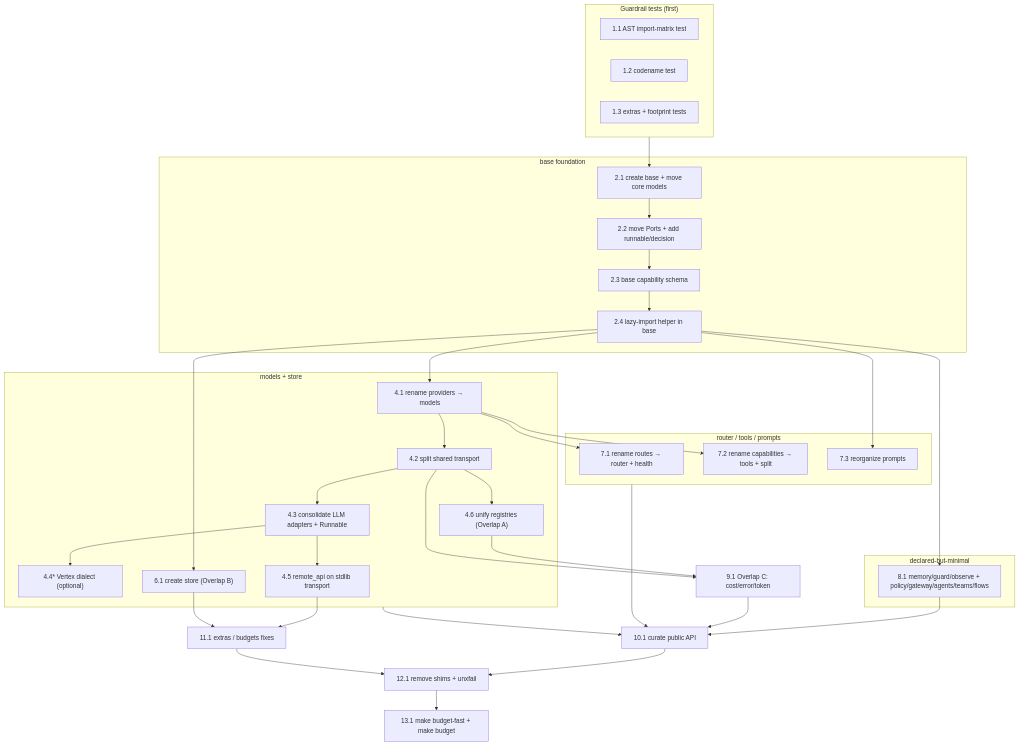
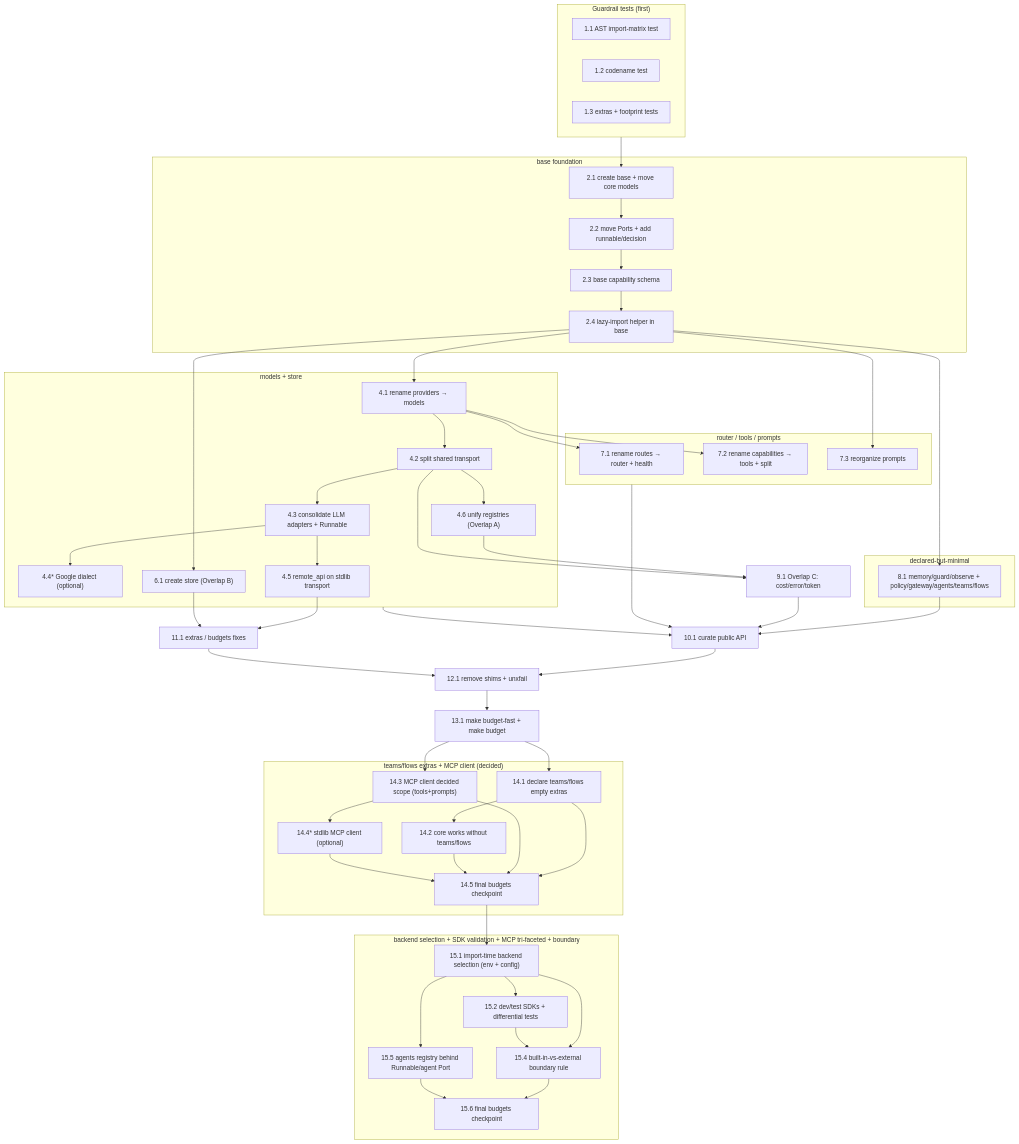
One commit to caiogafo/skye changed the diagram in .kiro/specs/structure/tasks.md. Above: the diagram before and after it, drawn with Mermaid. The commit also changed other lines of this file and 3 other files, not shown here.

````diff
--- a/.kiro/specs/structure/tasks.md
+++ b/.kiro/specs/structure/tasks.md
@@ -203,7 +258,7 @@
         T41["4.1 rename providers → models"]
         T42["4.2 split shared transport"]
         T43["4.3 consolidate LLM adapters + Runnable"]
-        T44["4.4* Vertex dialect (optional)"]
+        T44["4.4* Google dialect (optional)"]
         T45["4.5 remote_api on stdlib transport"]
         T46["4.6 unify registries (Overlap A)"]
         T61["6.1 create store (Overlap B)"]
@@ -221,6 +276,20 @@
     T111["11.1 extras / budgets fixes"]
     T121["12.1 remove shims + unxfail"]
     T131["13.1 make budget-fast + make budget"]
+    subgraph extrasmcp["teams/flows extras + MCP client (decided)"]
+        T141["14.1 declare teams/flows empty extras"]
+        T142["14.2 core works without teams/flows"]
+        T143["14.3 MCP client decided scope (tools+prompts)"]
+        T144["14.4* stdlib MCP client (optional)"]
+        T145["14.5 final budgets checkpoint"]
+    end
+    subgraph selectionmcp["backend selection + SDK validation + MCP tri-faceted + boundary"]
+        T151["15.1 import-time backend selection (env + config)"]
+        T152["15.2 dev/test SDKs + differential tests"]
+        T154["15.4 built-in-vs-external boundary rule"]
+        T155["15.5 agents registry behind Runnable/agent Port"]
+        T156["15.6 final budgets checkpoint"]
+    end
 
     guardrails --> T21
     T21 --> T22 --> T23 --> T24
@@ -244,4 +313,19 @@
     T101 --> T121
     T111 --> T121
     T121 --> T131
+    T131 --> T141
+    T131 --> T143
+    T141 --> T142
+    T143 --> T144
+    T141 --> T145
+    T143 --> T145
+    T142 --> T145
+    T144 --> T145
+    T145 --> T151
+    T151 --> T152
+    T151 --> T155
+    T151 --> T154
+    T152 --> T154
+    T154 --> T156
+    T155 --> T156
 ```
````
